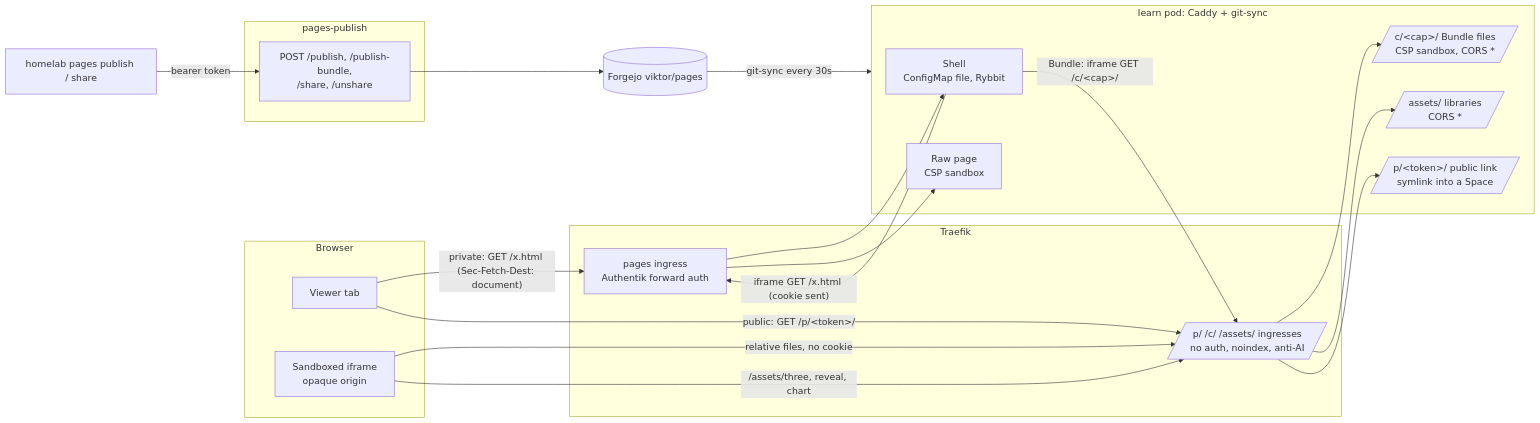
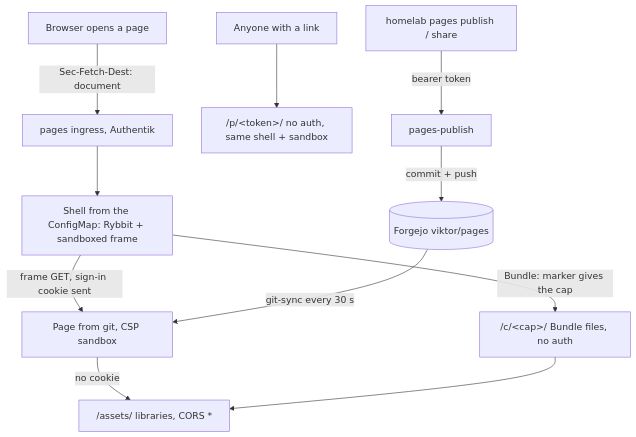
One commit to ViktorBarzin/infra changed the diagram in docs/plans/2026-11-12-pages-rich-content-design.md. Above: the diagram before and after it, drawn with Mermaid.

Commit message:
docs: draw the pages request paths top-down
The left-to-right diagram ran off a phone screen.

````diff
--- a/docs/plans/2026-11-12-pages-rich-content-design.md
+++ b/docs/plans/2026-11-12-pages-rich-content-design.md
@@ -44,31 +44,13 @@
 ```mermaid
-flowchart LR
-  subgraph Browser
-    V[Viewer tab]
-    F[Sandboxed iframe<br/>opaque origin]
-  end
-  subgraph Edge[Traefik]
-    G[pages ingress<br/>Authentik forward auth]
-    PUB[/p/ /c/ /assets/ ingresses<br/>no auth, noindex, anti-AI/]
-  end
-  subgraph Learn[learn pod: Caddy + git-sync]
-    SH[Shell<br/>ConfigMap file, Rybbit]
-    RAW[Raw page<br/>CSP sandbox]
-    CAP[/c/&lt;cap&gt;/ Bundle files<br/>CSP sandbox, CORS */]
-    PL[/p/&lt;token&gt;/ public link<br/>symlink into a Space/]
-    AS[/assets/ libraries<br/>CORS */]
-  end
-  subgraph Publish[pages-publish]
-    API[POST /publish, /publish-bundle,<br/>/share, /unshare]
-  end
-  REPO[(Forgejo viktor/pages)]
-
-  V -- "private: GET /x.html (Sec-Fetch-Dest: document)" --> G --> SH
-  SH -- "iframe GET /x.html (cookie sent)" --> G --> RAW
-  SH -- "Bundle: iframe GET /c/&lt;cap&gt;/" --> PUB --> CAP
-  F -- "relative files, no cookie" --> PUB
-  F -- "/assets/three, reveal, chart" --> PUB --> AS
-  V -- "public: GET /p/&lt;token&gt;/" --> PUB --> PL
-  CLI[homelab pages publish / share] -- bearer token --> API --> REPO
-  REPO -- "git-sync every 30s" --> Learn
+flowchart TD
+  V["Browser opens a page"] -->|"Sec-Fetch-Dest: document"| G["pages ingress, Authentik"]
+  G --> SH["Shell from the ConfigMap: Rybbit + sandboxed frame"]
+  SH -->|"frame GET, sign-in cookie sent"| RAW["Page from git, CSP sandbox"]
+  SH -->|"Bundle: marker gives the cap"| CAP["/c/&lt;cap&gt;/ Bundle files, no auth"]
+  RAW -->|"no cookie"| AS["/assets/ libraries, CORS *"]
+  CAP --> AS
+  PUB["Anyone with a link"] --> PL["/p/&lt;token&gt;/ no auth, same shell + sandbox"]
+  CLI["homelab pages publish / share"] -->|"bearer token"| API["pages-publish"]
+  API -->|"commit + push"| REPO[("Forgejo viktor/pages")]
+  REPO -->|"git-sync every 30 s"| RAW
 ```
````
